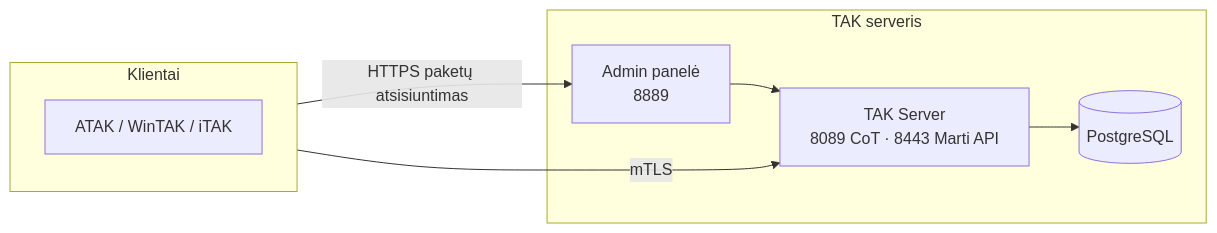
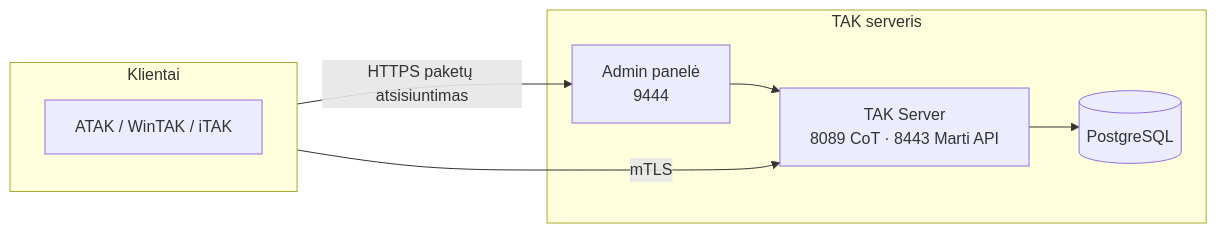
The diagram in docs/00-pradeti-cia.md (ndukve/TAK), drawn with Mermaid before and after one commit. The commit also changed 21 other files, not shown here.

````diff
--- a/docs/00-pradeti-cia.md
+++ b/docs/00-pradeti-cia.md
@@ -13,15 +13,15 @@
 ```mermaid
 flowchart LR
   subgraph clients [Klientai]
     ATAK["ATAK / WinTAK / iTAK"]
   end
   subgraph server [TAK serveris]
     TAK["TAK Server\n8089 CoT · 8443 Marti API"]
-    Admin["Admin panelė\n8889"]
+    Admin["Admin panelė\n9444"]
     DB[("PostgreSQL")]
   end
   clients -->|mTLS| TAK
   clients -->|HTTPS paketų atsisiuntimas| Admin
   TAK --> DB
   Admin --> TAK
 ```
````
